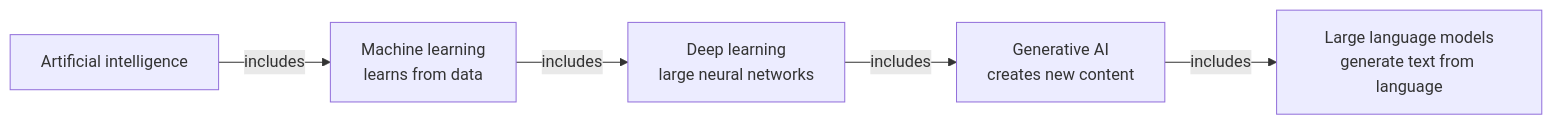
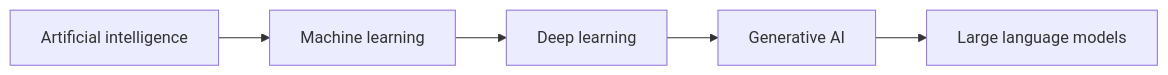
One commit to drbeane/courses changed the diagram in courses/applied-ai/content/lessons/w01-t2.md. Above: the diagram before and after it, drawn with Mermaid. The commit also changed other lines of this file and 3 other files, not shown here.

Commit message:
Applied AI W1 T2: replace "Two Ways to Build It" with a short history and nesting overview; simplify diagram; rewrite "AI You Already Use"

````diff
--- a/courses/applied-ai/content/lessons/w01-t2.md
+++ b/courses/applied-ai/content/lessons/w01-t2.md
@@ -37,7 +28,7 @@
 ```mermaid
 flowchart LR
-  AI["Artificial intelligence"] -->|includes| ML["Machine learning<br>learns from data"]
-  ML -->|includes| DL["Deep learning<br>large neural networks"]
-  DL -->|includes| GEN["Generative AI<br>creates new content"]
-  GEN -->|includes| LLM["Large language models<br>generate text from language"]
+  AI["Artificial intelligence"] --> ML["Machine learning"]
+  ML --> DL["Deep learning"]
+  DL --> GEN["Generative AI"]
+  GEN --> LLM["Large language models"]
 ```
````
